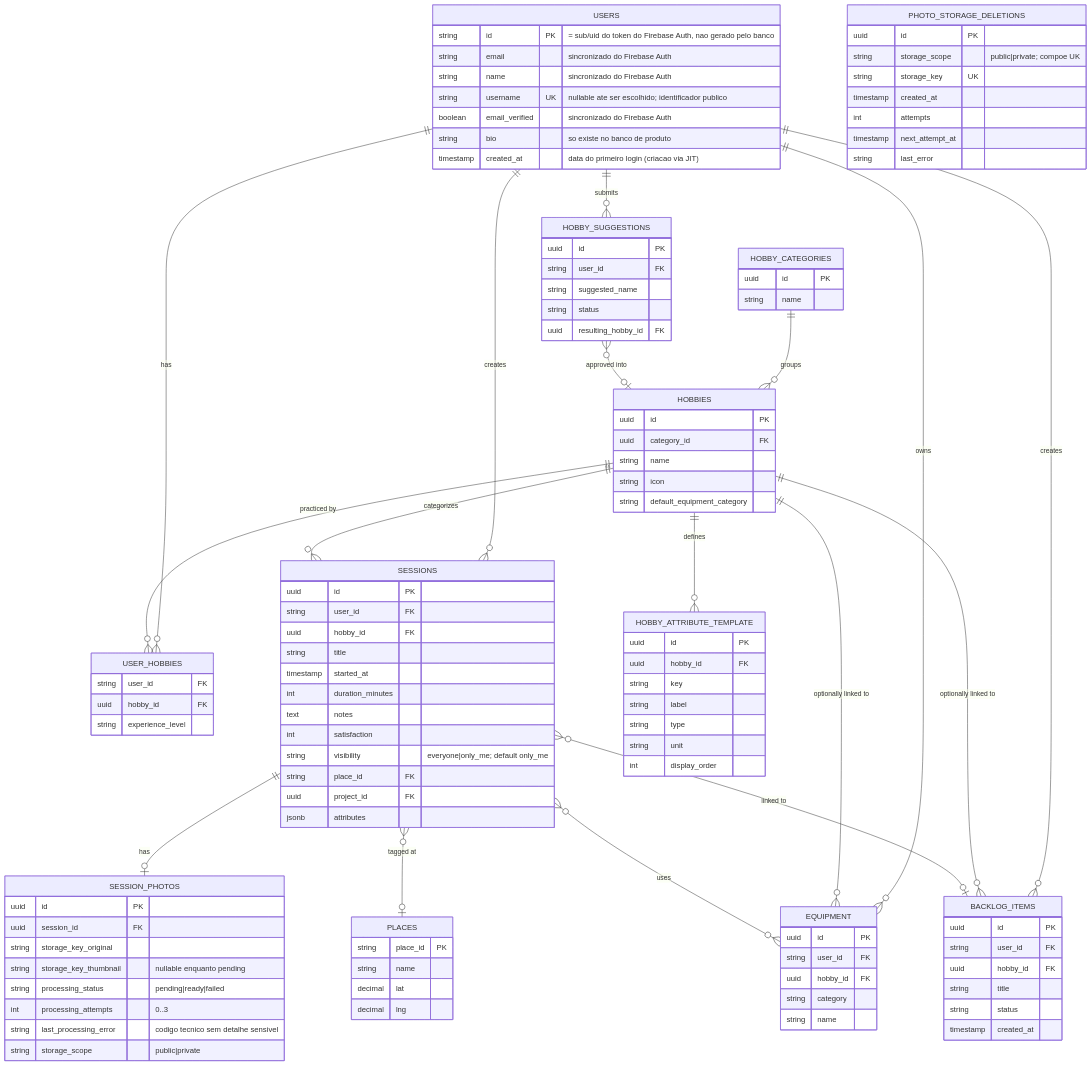
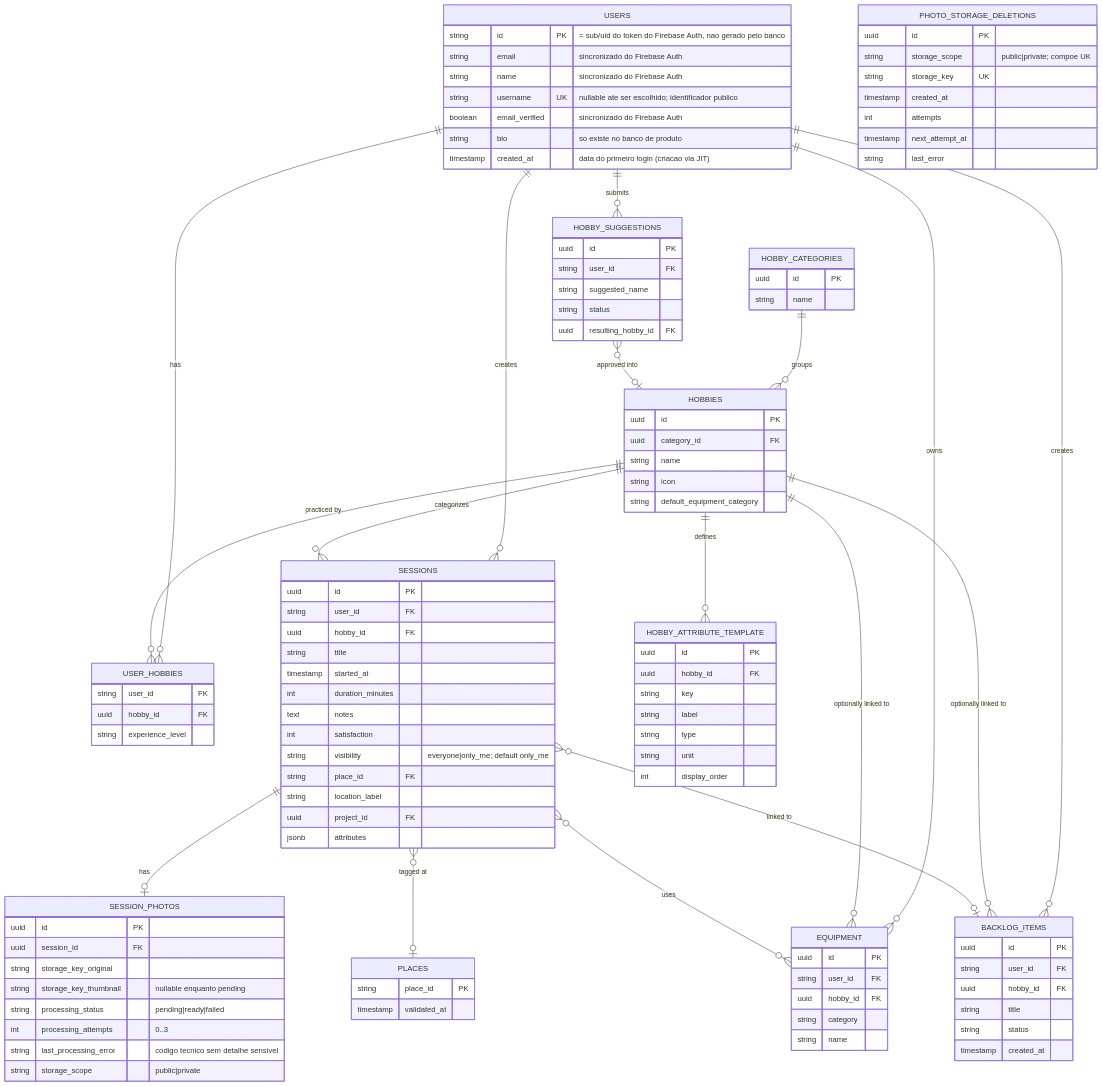
Before and after one commit to JoaoDallagnol/hobby-saas-backend: the first of 2 diagrams in docs/modelagem-banco-dados.md, drawn with Mermaid. The commit also changed other lines of this file and 50 other files, not shown here.

```diff
--- a/docs/modelagem-banco-dados.md
+++ b/docs/modelagem-banco-dados.md
@@ -78,6 +78,7 @@
         int satisfaction
         string visibility "everyone|only_me; default only_me"
         string place_id FK
+        string location_label
         uuid project_id FK
         jsonb attributes
     }
@@ -105,9 +106,7 @@
 
     PLACES {
         string place_id PK
-        string name
-        decimal lat
-        decimal lng
+        timestamp validated_at
     }
 
     EQUIPMENT {
```
